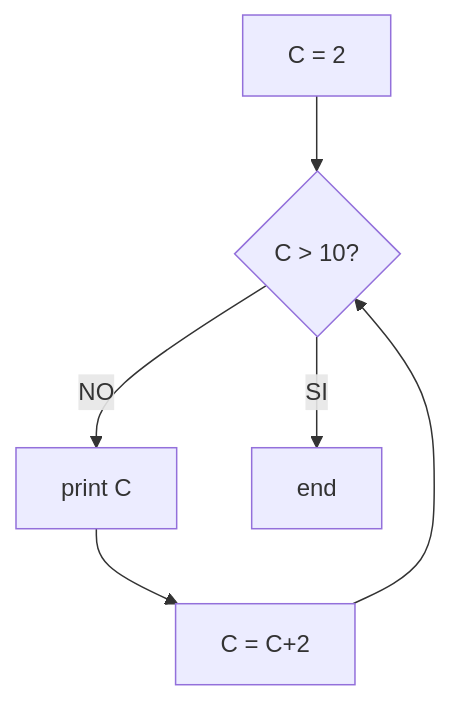
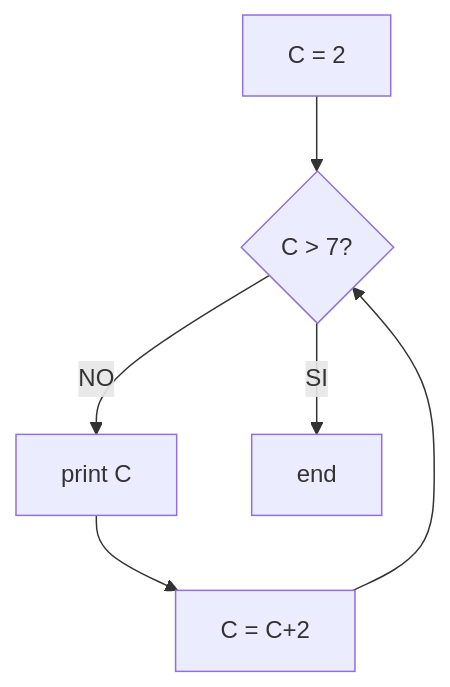
Before and after one commit to Chabok52/TP_8: the diagram in Ejercicio6.md, drawn with Mermaid.

Commit message:
Era > 7, no 10

````diff
--- a/Ejercicio6.md
+++ b/Ejercicio6.md
@@ -3,8 +3,8 @@
 ```mermaid
 flowchart TD
-	A[C = 2] --> B{C > 10?}
+	A[C = 2] --> B{C > 7?}
 	B --> |NO| C[print C]
 	C --> D[C = C+2]
 	D --> B
 	B --> |SI| E[end]
 ```
````
